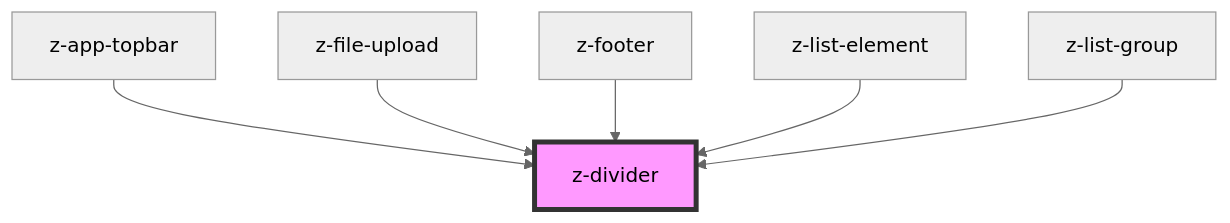
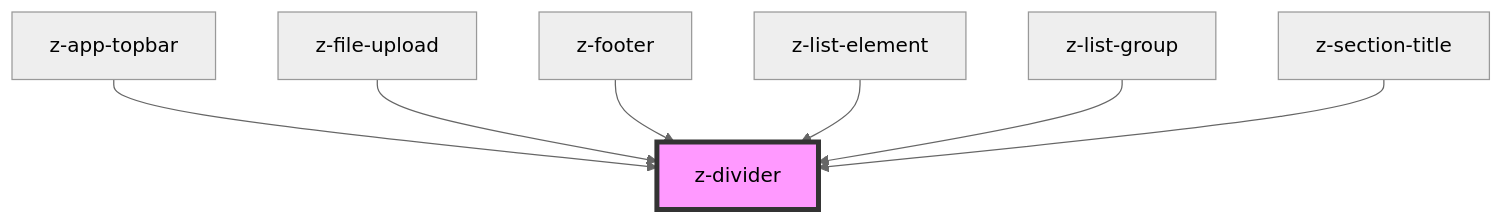
One commit to ZanichelliEditore/design-system changed the diagram in src/components/z-divider/readme.md. Above: the diagram before and after it, drawn with Mermaid (neutral theme). The commit also changed other lines of this file and 6 other files, not shown here.

````diff
--- a/src/components/z-divider/readme.md
+++ b/src/components/z-divider/readme.md
@@ -26,9 +27,10 @@
 ```mermaid
 graph TD;
   z-app-topbar --> z-divider
   z-file-upload --> z-divider
   z-footer --> z-divider
   z-list-element --> z-divider
   z-list-group --> z-divider
+  z-section-title --> z-divider
   style z-divider fill:#f9f,stroke:#333,stroke-width:4px
 ```
````
